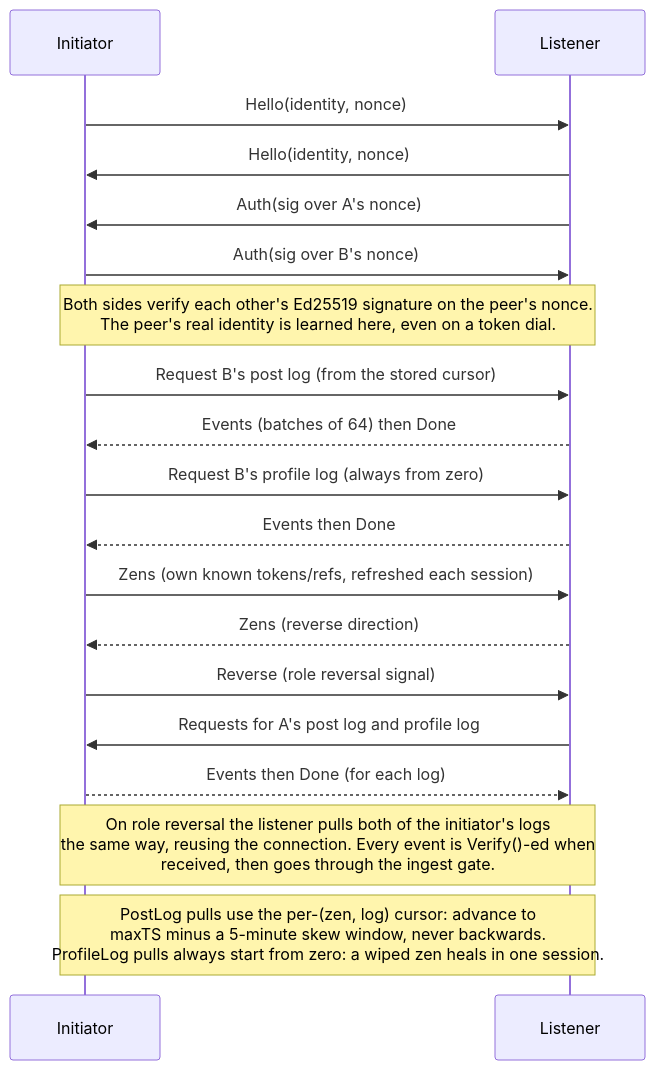
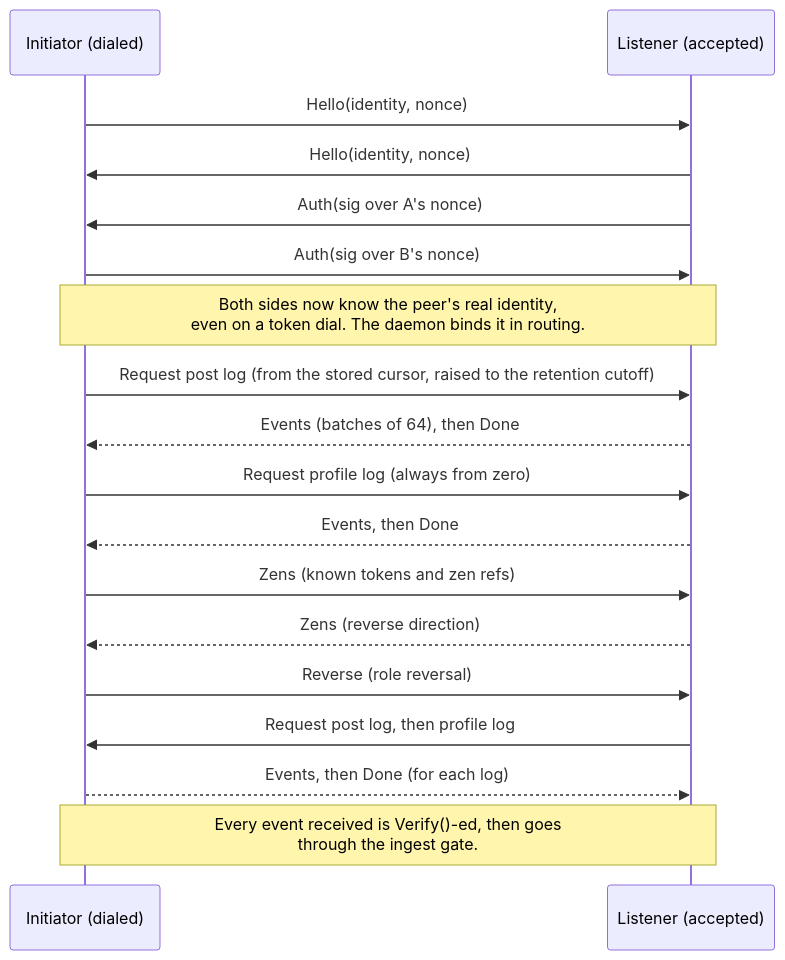
One commit to metalgate-xyz/driftnode changed the fourth of 5 diagrams in docs/architecture.md. Above: the diagram before and after it, drawn with Mermaid. The commit also changed other lines of this file, not shown here.

Commit message:
docs: update architecture document

````diff
--- a/docs/architecture.md
+++ b/docs/architecture.md
@@ -235,21 +452,20 @@
 ```mermaid
 sequenceDiagram
-  participant A as Initiator
-  participant B as Listener
+  participant A as Initiator (dialed)
+  participant B as Listener (accepted)
   A->>B: Hello(identity, nonce)
   B->>A: Hello(identity, nonce)
   B->>A: Auth(sig over A's nonce)
   A->>B: Auth(sig over B's nonce)
-  Note over A,B: Both sides verify each other's Ed25519 signature on the peer's nonce.<br/>The peer's real identity is learned here, even on a token dial.
-  A->>B: Request B's post log (from the stored cursor)
-  B-->>A: Events (batches of 64) then Done
-  A->>B: Request B's profile log (always from zero)
-  B-->>A: Events then Done
-  A->>B: Zens (own known tokens/refs, refreshed each session)
+  Note over A,B: Both sides now know the peer's real identity,<br/>even on a token dial. The daemon binds it in routing.
+  A->>B: Request post log (from the stored cursor, raised to the retention cutoff)
+  B-->>A: Events (batches of 64), then Done
+  A->>B: Request profile log (always from zero)
+  B-->>A: Events, then Done
+  A->>B: Zens (known tokens and zen refs)
   B-->>A: Zens (reverse direction)
-  A->>B: Reverse (role reversal signal)
-  B->>A: Requests for A's post log and profile log
-  A-->>B: Events then Done (for each log)
-  Note over A,B: On role reversal the listener pulls both of the initiator's logs<br/>the same way, reusing the connection. Every event is Verify()-ed when<br/>received, then goes through the ingest gate.
-  Note over A,B: PostLog pulls use the per-(zen, log) cursor: advance to<br/>maxTS minus a 5-minute skew window, never backwards.<br/>ProfileLog pulls always start from zero: a wiped zen heals in one session.
+  A->>B: Reverse (role reversal)
+  B->>A: Request post log, then profile log
+  A-->>B: Events, then Done (for each log)
+  Note over A,B: Every event received is Verify()-ed, then goes<br/>through the ingest gate.
 ```
````
